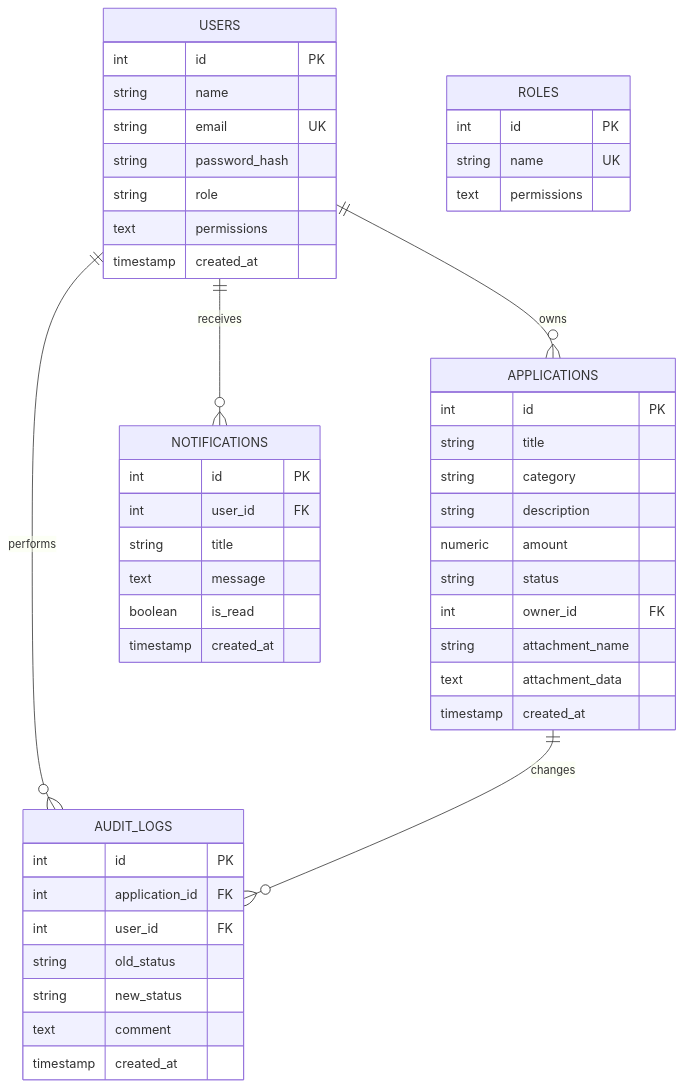
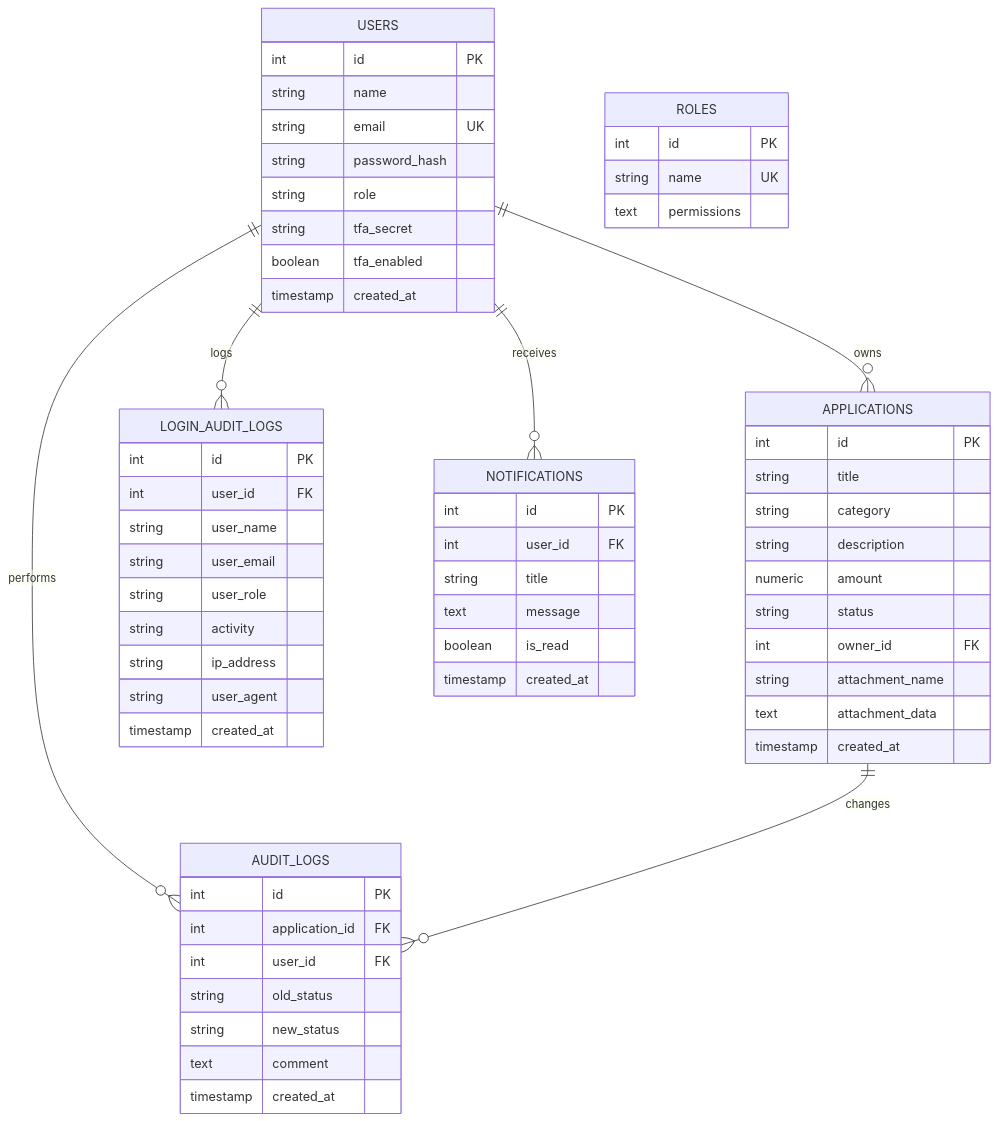
The diagram in README.md (reagan-chita/Smartflow), drawn with Mermaid before and after one commit. The commit also changed other lines of this file and 13 other files, not shown here.

````diff
--- a/README.md
+++ b/README.md
@@ -134,51 +152,64 @@
 ```mermaid
 erDiagram
     USERS {
         int id PK
         string name
         string email UK
         string password_hash
         string role
-        text permissions
+        string tfa_secret
+        boolean tfa_enabled
         timestamp created_at
     }
     ROLES {
         int id PK
         string name UK
         text permissions
     }
     APPLICATIONS {
         int id PK
         string title
         string category
         string description
         numeric amount
         string status
         int owner_id FK
         string attachment_name
         text attachment_data
         timestamp created_at
     }
     AUDIT_LOGS {
         int id PK
         int application_id FK
         int user_id FK
         string old_status
         string new_status
         text comment
         timestamp created_at
     }
+    LOGIN_AUDIT_LOGS {
+        int id PK
+        int user_id FK
+        string user_name
+        string user_email
+        string user_role
+        string activity
+        string ip_address
+        string user_agent
+        timestamp created_at
+    }
     NOTIFICATIONS {
         int id PK
         int user_id FK
         string title
         text message
         boolean is_read
         timestamp created_at
     }
 
     USERS ||--o{ APPLICATIONS : owns
     USERS ||--o{ AUDIT_LOGS : performs
+    USERS ||--o{ LOGIN_AUDIT_LOGS : logs
     USERS ||--o{ NOTIFICATIONS : receives
     APPLICATIONS ||--o{ AUDIT_LOGS : changes
 ```
````
